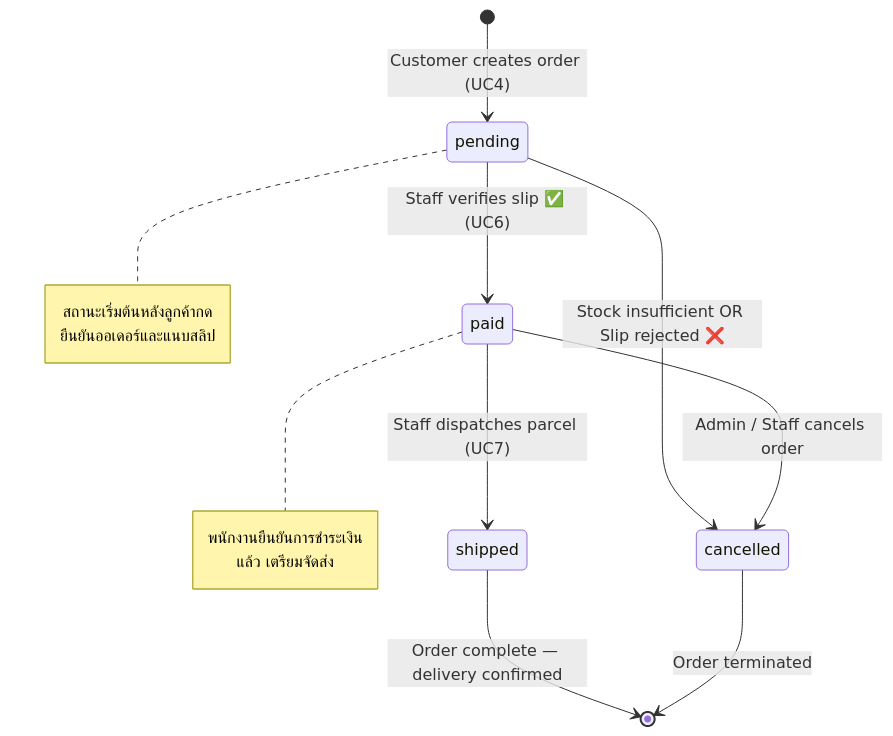
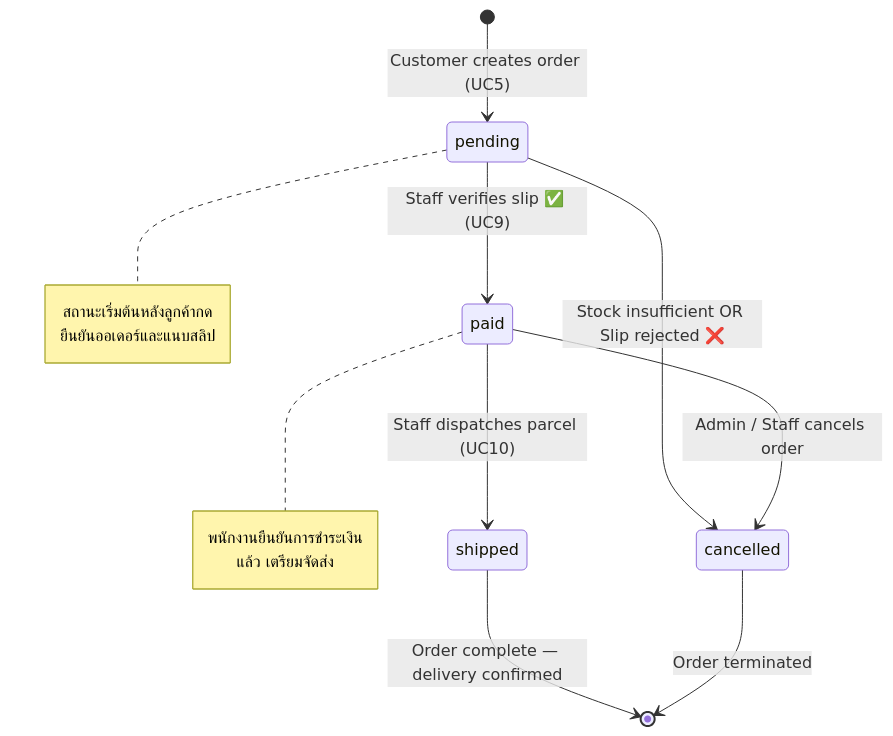
Before and after one commit to SupvichSpuGM/online-bookstore: diagram 11 of 13 in Diagram.md, drawn with Mermaid. The commit also changed other lines of this file and 3 other files, not shown here.

Commit message:
แก้ไข diagram#1

````diff
--- a/Diagram.md
+++ b/Diagram.md
@@ -242,19 +508,19 @@
 ```mermaid
 stateDiagram-v2
-    [*] --> pending : Customer creates order (UC4)
-    pending --> paid : Staff verifies slip ✅ (UC6)
+    [*] --> pending : Customer creates order (UC5)
+    pending --> paid : Staff verifies slip ✅ (UC9)
     pending --> cancelled : Stock insufficient OR Slip rejected ❌
-    paid --> shipped : Staff dispatches parcel (UC7)
+    paid --> shipped : Staff dispatches parcel (UC10)
     paid --> cancelled : Admin / Staff cancels order
     shipped --> [*] : Order complete — delivery confirmed
     cancelled --> [*] : Order terminated
 
     note right of pending
         สถานะเริ่มต้นหลังลูกค้ากด
         ยืนยันออเดอร์และแนบสลิป
     end note
     note right of paid
         พนักงานยืนยันการชำระเงิน
         แล้ว เตรียมจัดส่ง
     end note
 ```
````
